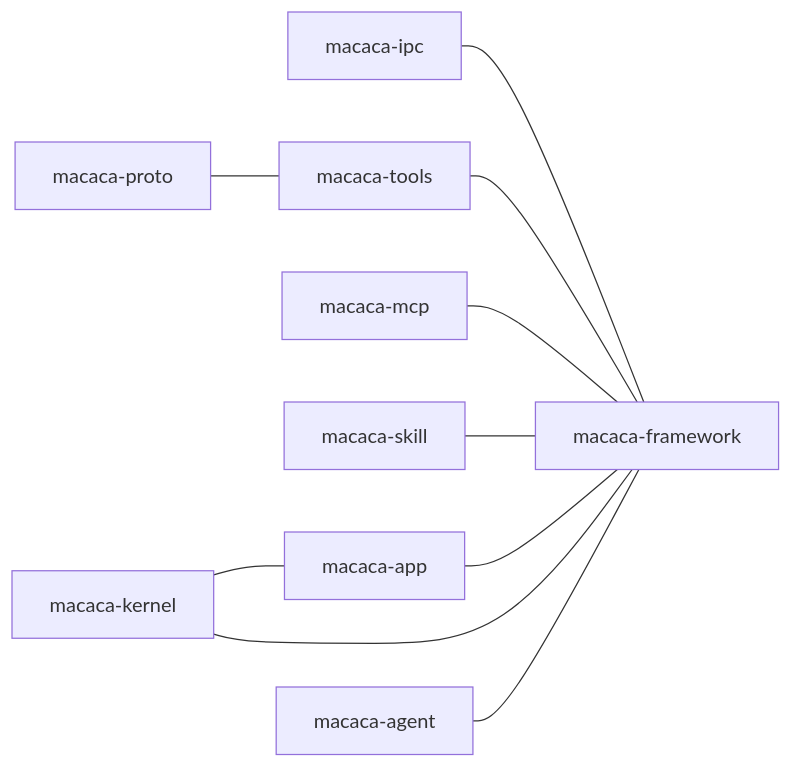
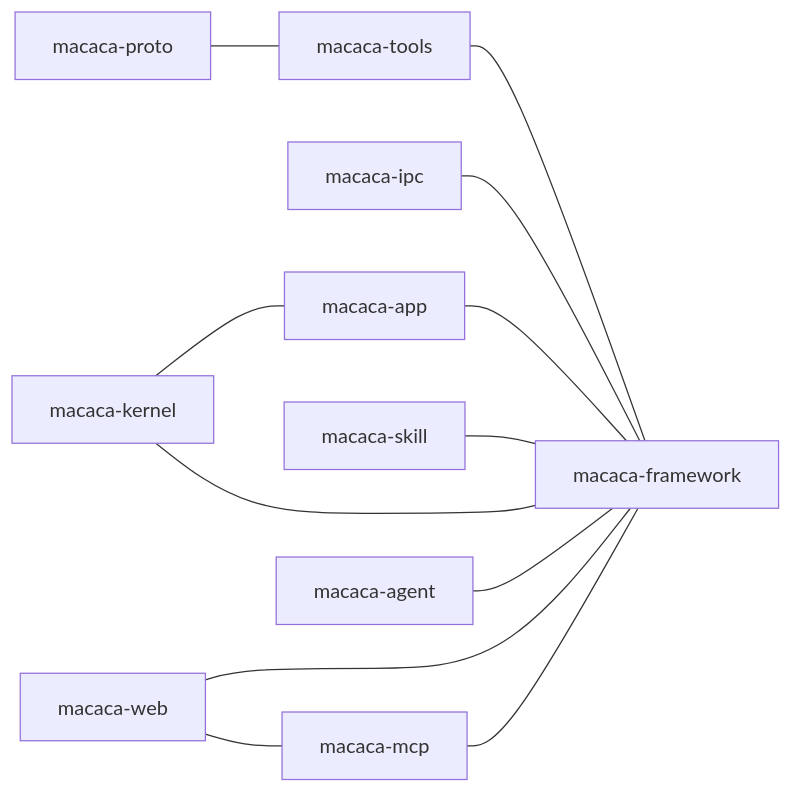
Before and after one commit to ixiejun/macaca: the seventh of 7 diagrams in .qoder/repowiki/zh/content/扩展开发/扩展开发.md, drawn with Mermaid. The commit also changed other lines of this file and 49 other files, not shown here.

````diff
--- a/.qoder/repowiki/zh/content/扩展开发/扩展开发.md
+++ b/.qoder/repowiki/zh/content/扩展开发/扩展开发.md
@@ -313,12 +354,14 @@
 ```mermaid
 graph LR
 Proto["macaca-proto"] --- Tools["macaca-tools"]
 IPC["macaca-ipc"] --- Framework["macaca-framework"]
 Tools --- Framework
 MCP["macaca-mcp"] --- Framework
 Skill["macaca-skill"] --- Framework
 App["macaca-app"] --- Framework
 Kernel["macaca-kernel"] --- App
 Kernel --- Framework
 Agent["macaca-agent"] --- Framework
+Web["macaca-web"] --- Framework
+Web --- MCP
 ```
````
